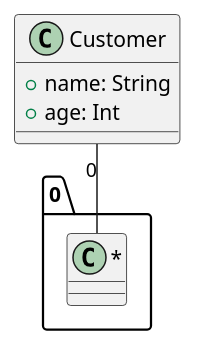
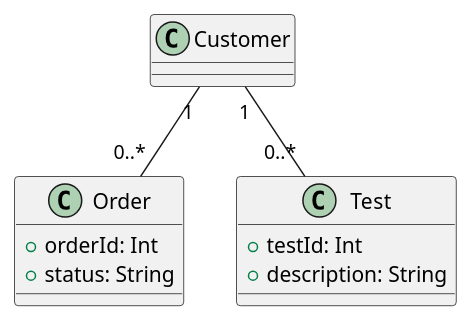
One commit to Haibrosh/OOAD_PlantUML_CICD changed the diagram in docs/test-diagram.puml. Above: the diagram before and after it, drawn with PlantUML.

```diff
--- a/docs/test-diagram.puml
+++ b/docs/test-diagram.puml
@@ -1,8 +1,12 @@
-@startuml
+class Order {
+    +orderId: Int
+    +status: String
+}
 
-class Customer {
-    +name: String
-    +age: Int
+class Test {
+    +testId: Int
+    +description: String
 }
-Customer "0" -- "0..*"
-@enduml
+
+Customer "1" -- "0..*" Order
+Customer "1" -- "0..*" Test
```
